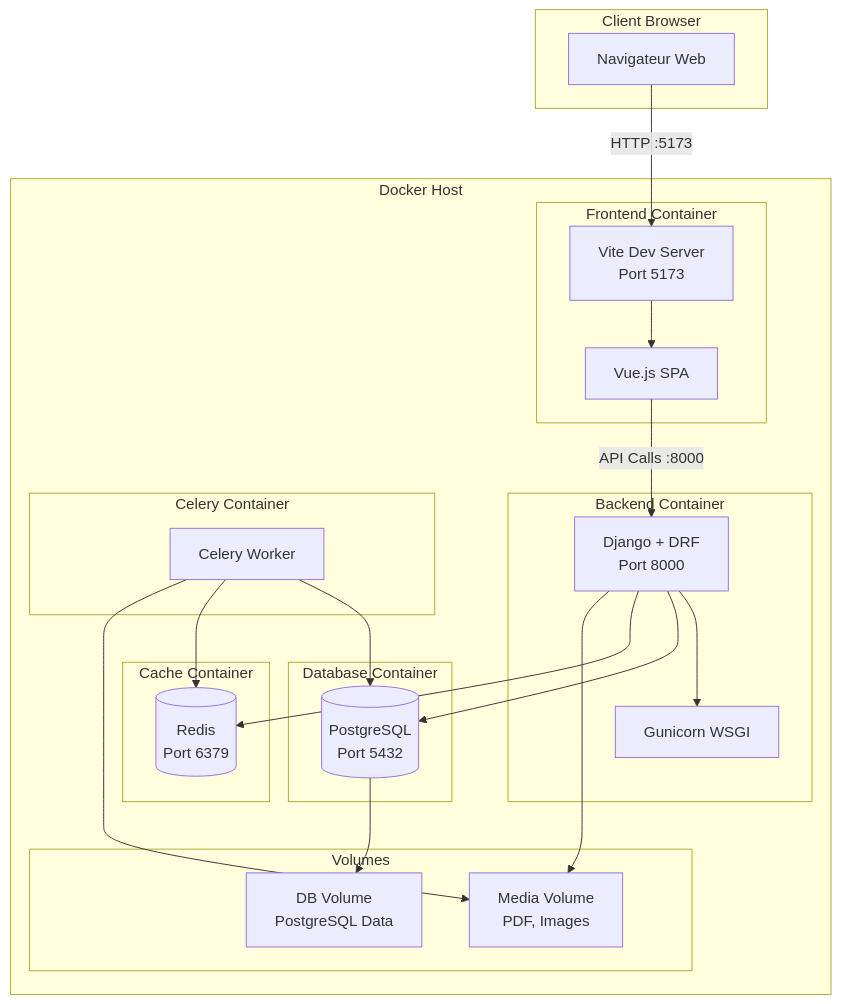
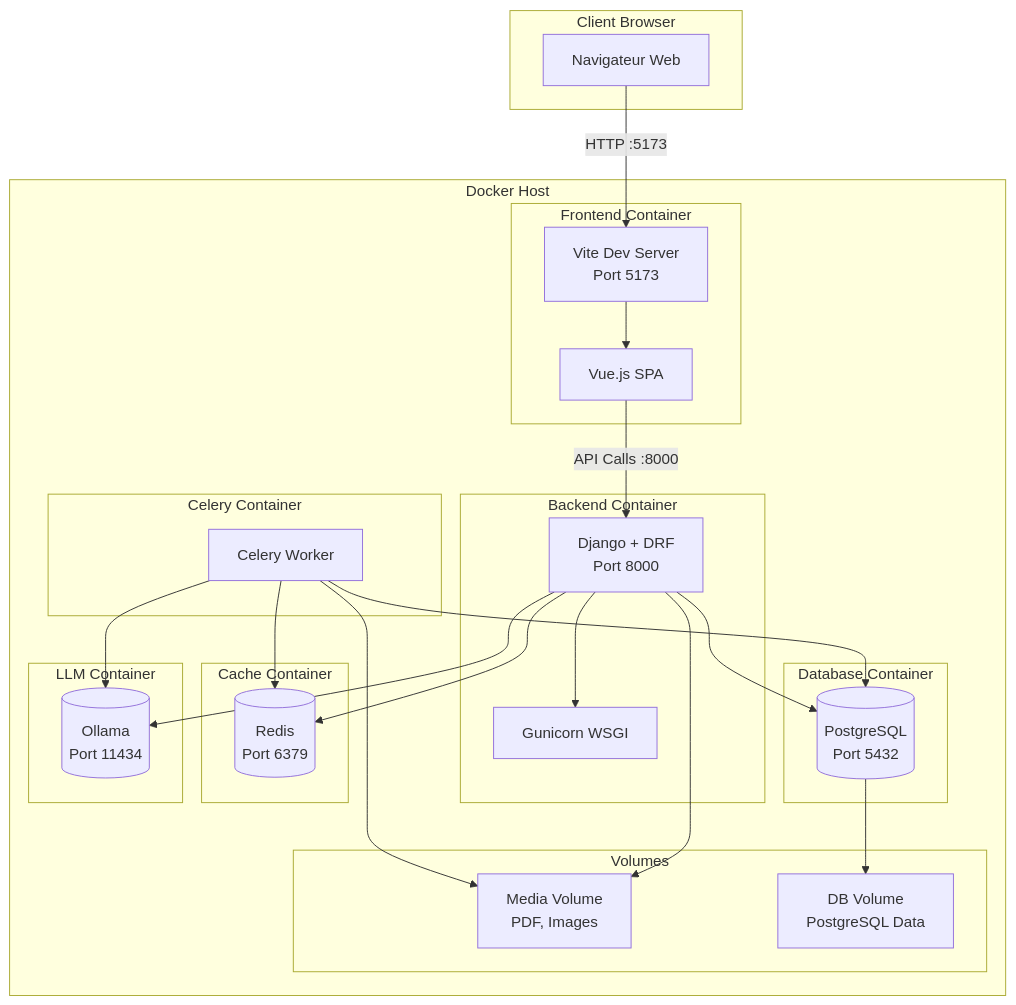
Before and after one commit to cyranoaladin/Korrigo: the second of 5 diagrams in docs/technical/ARCHITECTURE.md, drawn with Mermaid. The commit also changed other lines of this file and 40 other files, not shown here.

````diff
--- a/docs/technical/ARCHITECTURE.md
+++ b/docs/technical/ARCHITECTURE.md
@@ -180,47 +181,53 @@
 ```mermaid
 graph TB
     subgraph "Client Browser"
         Browser[Navigateur Web]
     end
     
     subgraph "Docker Host"
         subgraph "Frontend Container"
             Vite[Vite Dev Server<br/>Port 5173]
             VueApp[Vue.js SPA]
         end
         
         subgraph "Backend Container"
             Django[Django + DRF<br/>Port 8000]
             Gunicorn[Gunicorn WSGI]
         end
         
         subgraph "Celery Container"
             CeleryWorker[Celery Worker]
         end
         
         subgraph "Database Container"
             Postgres[(PostgreSQL<br/>Port 5432)]
         end
         
         subgraph "Cache Container"
             RedisCache[(Redis<br/>Port 6379)]
         end
+
+        subgraph "LLM Container"
+            Ollama[(Ollama<br/>Port 11434)]
+        end
         
         subgraph "Volumes"
             MediaVol[Media Volume<br/>PDF, Images]
             DBVol[DB Volume<br/>PostgreSQL Data]
         end
     end
     
     Browser -->|HTTP :5173| Vite
     Vite --> VueApp
     VueApp -->|API Calls :8000| Django
     Django --> Gunicorn
     Django --> Postgres
     Django --> RedisCache
+    Django --> Ollama
     Django --> MediaVol
     CeleryWorker --> Postgres
     CeleryWorker --> RedisCache
+    CeleryWorker --> Ollama
     CeleryWorker --> MediaVol
     Postgres --> DBVol
 ```
````
